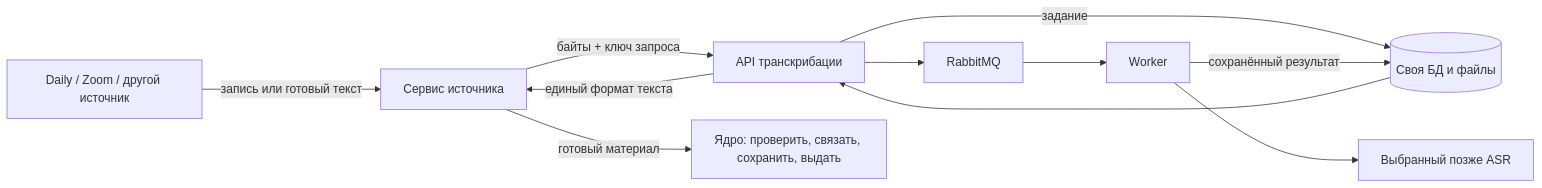
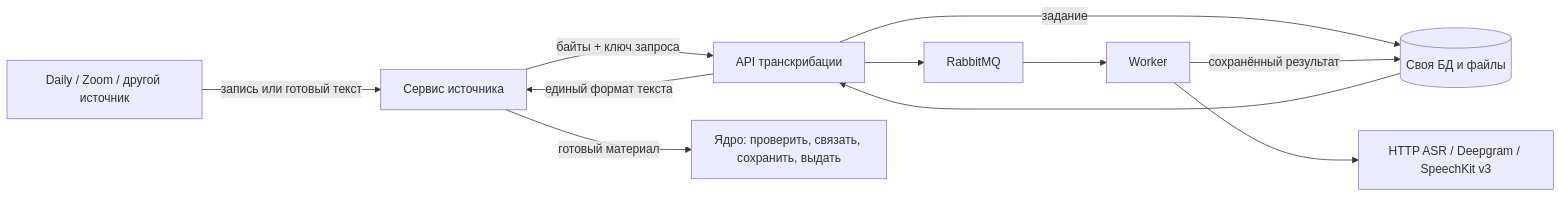
Before and after one commit to NPtow/hr-vision: the diagram in services/transcription/README.md, drawn with Mermaid. The commit also changed other lines of this file and 54 other files, not shown here.

````diff
--- a/services/transcription/README.md
+++ b/services/transcription/README.md
@@ -5,13 +5,13 @@
 ```mermaid
 flowchart LR
     P[Daily / Zoom / другой источник] -->|запись или готовый текст| S[Сервис источника]
     S -->|байты + ключ запроса| T[API транскрибации]
     T -->|задание| D[(Своя БД и файлы)]
     T --> Q[RabbitMQ]
     Q --> W[Worker]
-    W --> A[Выбранный позже ASR]
+    W --> A[HTTP ASR / Deepgram / SpeechKit v3]
     W -->|сохранённый результат| D
     D --> T
     T -->|единый формат текста| S
     S -->|готовый материал| C[Ядро: проверить, связать, сохранить, выдать]
 ```
````
